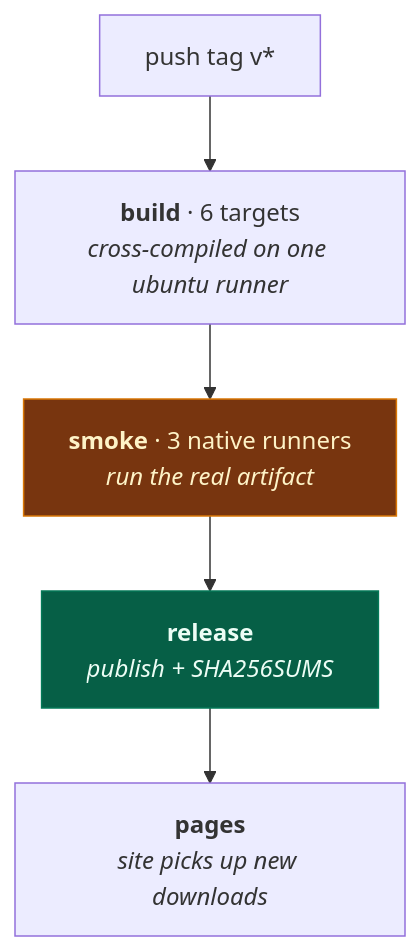
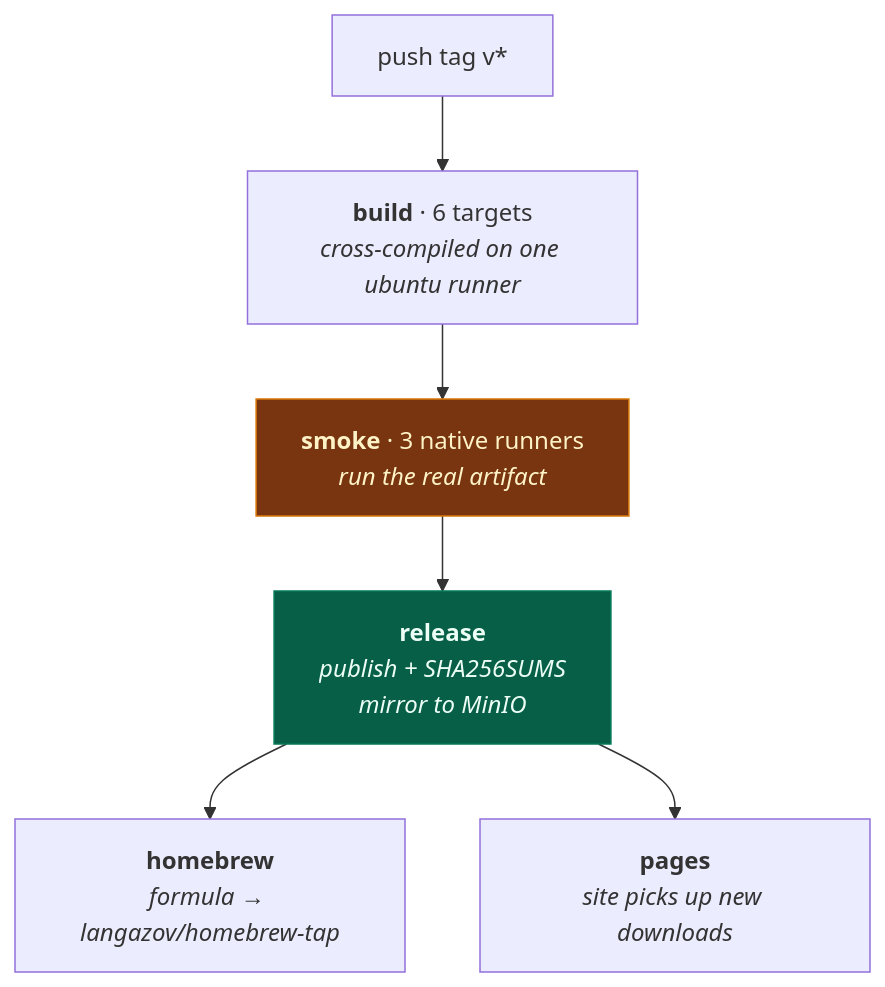
Before and after one commit to langazov/gocode: the second of 2 diagrams in documentation/10-development.md, drawn with Mermaid. The commit also changed other lines of this file and 3 other files, not shown here.

First line of the commit message:
ci: mirror release assets to MinIO and point the Homebrew formula at them

````diff
--- a/documentation/10-development.md
+++ b/documentation/10-development.md
@@ -151,10 +151,11 @@
 ```mermaid
 flowchart TD
   T["push tag v*"] --> B["<b>build</b> · 6 targets<br/><i>cross-compiled on one ubuntu runner</i>"]
   B --> S["<b>smoke</b> · 3 native runners<br/><i>run the real artifact</i>"]
-  S --> R["<b>release</b><br/><i>publish + SHA256SUMS</i>"]
+  S --> R["<b>release</b><br/><i>publish + SHA256SUMS<br/>mirror to MinIO</i>"]
+  R --> H["<b>homebrew</b><br/><i>formula → langazov/homebrew-tap</i>"]
   R --> P["<b>pages</b><br/><i>site picks up new downloads</i>"]
 
   style S fill:#78350f,stroke:#d97706,color:#fef3c7
   style R fill:#065f46,stroke:#047857,color:#ecfdf5
 ```
````
